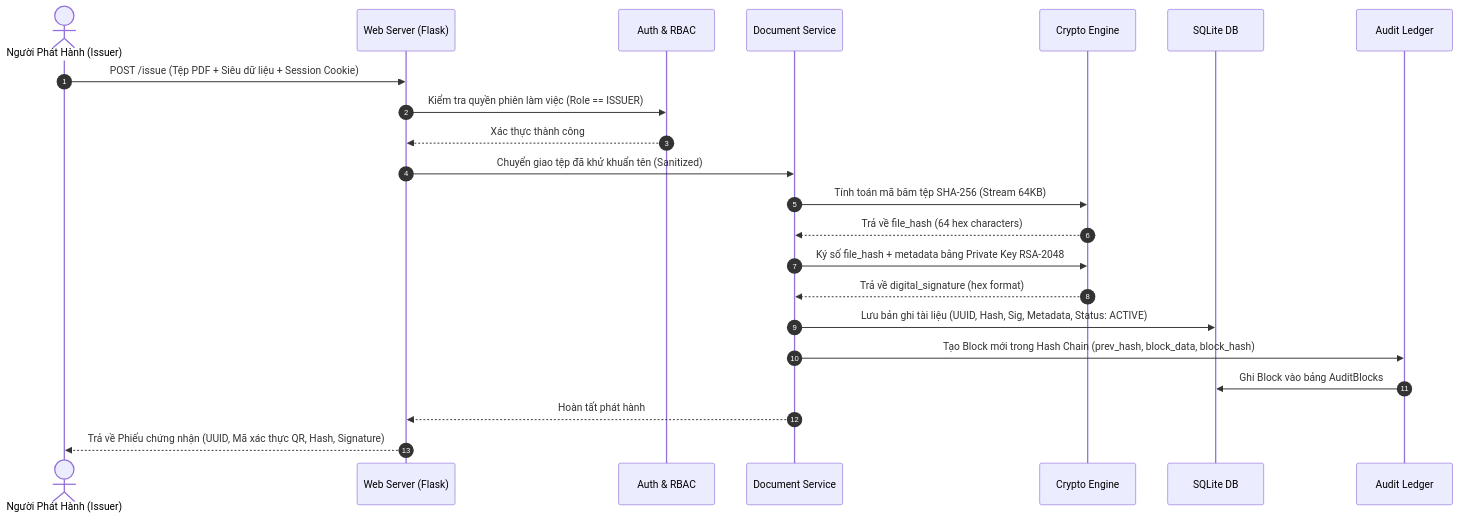
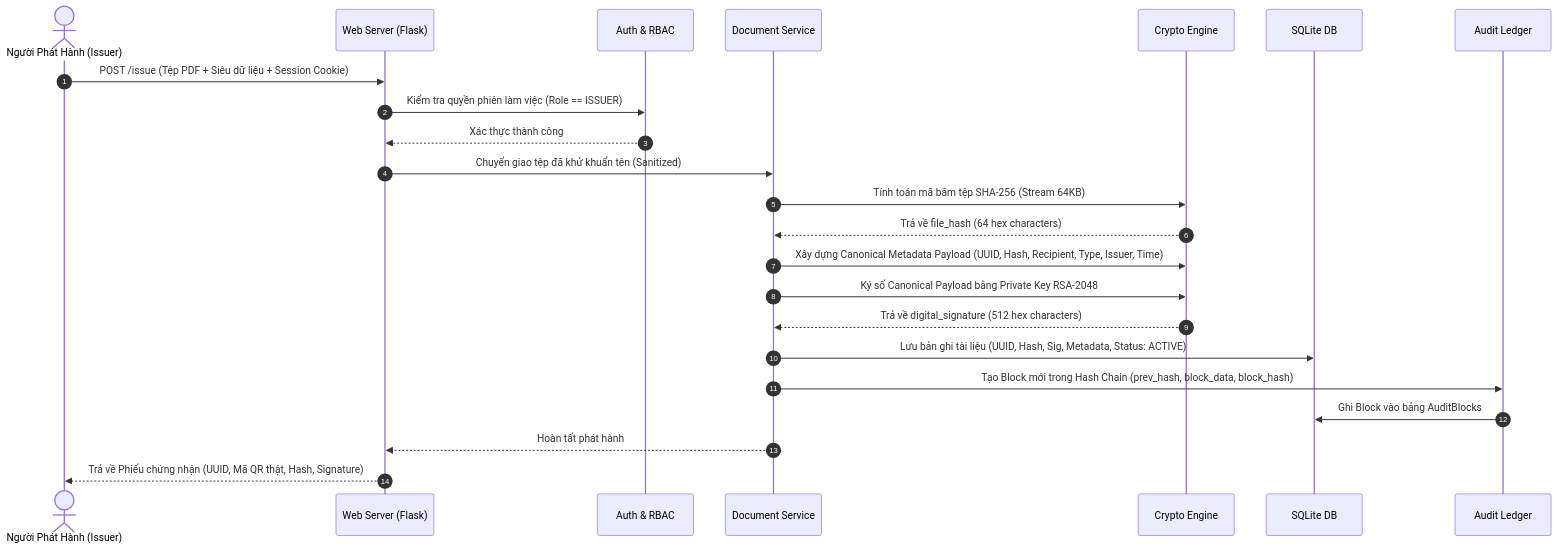
The first of 2 diagrams in docs/ARCHITECTURE.md (kietvo5924/secudoc-zero-trust), drawn with Mermaid before and after one commit. The commit also changed other lines of this file and 32 other files, not shown here.

````diff
--- a/docs/ARCHITECTURE.md
+++ b/docs/ARCHITECTURE.md
@@ -66,25 +66,26 @@
 ```mermaid
 sequenceDiagram
     autonumber
     actor Issuer as Người Phát Hành (Issuer)
     participant Web as Web Server (Flask)
     participant Auth as Auth & RBAC
     participant DocSvc as Document Service
     participant Crypto as Crypto Engine
     participant DB as SQLite DB
     participant Audit as Audit Ledger
 
     Issuer->>Web: POST /issue (Tệp PDF + Siêu dữ liệu + Session Cookie)
     Web->>Auth: Kiểm tra quyền phiên làm việc (Role == ISSUER)
     Auth-->>Web: Xác thực thành công
     Web->>DocSvc: Chuyển giao tệp đã khử khuẩn tên (Sanitized)
     DocSvc->>Crypto: Tính toán mã băm tệp SHA-256 (Stream 64KB)
     Crypto-->>DocSvc: Trả về file_hash (64 hex characters)
-    DocSvc->>Crypto: Ký số file_hash + metadata bằng Private Key RSA-2048
-    Crypto-->>DocSvc: Trả về digital_signature (hex format)
+    DocSvc->>Crypto: Xây dựng Canonical Metadata Payload (UUID, Hash, Recipient, Type, Issuer, Time)
+    DocSvc->>Crypto: Ký số Canonical Payload bằng Private Key RSA-2048
+    Crypto-->>DocSvc: Trả về digital_signature (512 hex characters)
     DocSvc->>DB: Lưu bản ghi tài liệu (UUID, Hash, Sig, Metadata, Status: ACTIVE)
     DocSvc->>Audit: Tạo Block mới trong Hash Chain (prev_hash, block_data, block_hash)
     Audit->>DB: Ghi Block vào bảng AuditBlocks
     DocSvc-->>Web: Hoàn tất phát hành
-    Web-->>Issuer: Trả về Phiếu chứng nhận (UUID, Mã xác thực QR, Hash, Signature)
+    Web-->>Issuer: Trả về Phiếu chứng nhận (UUID, Mã QR thật, Hash, Signature)
 ```
````
